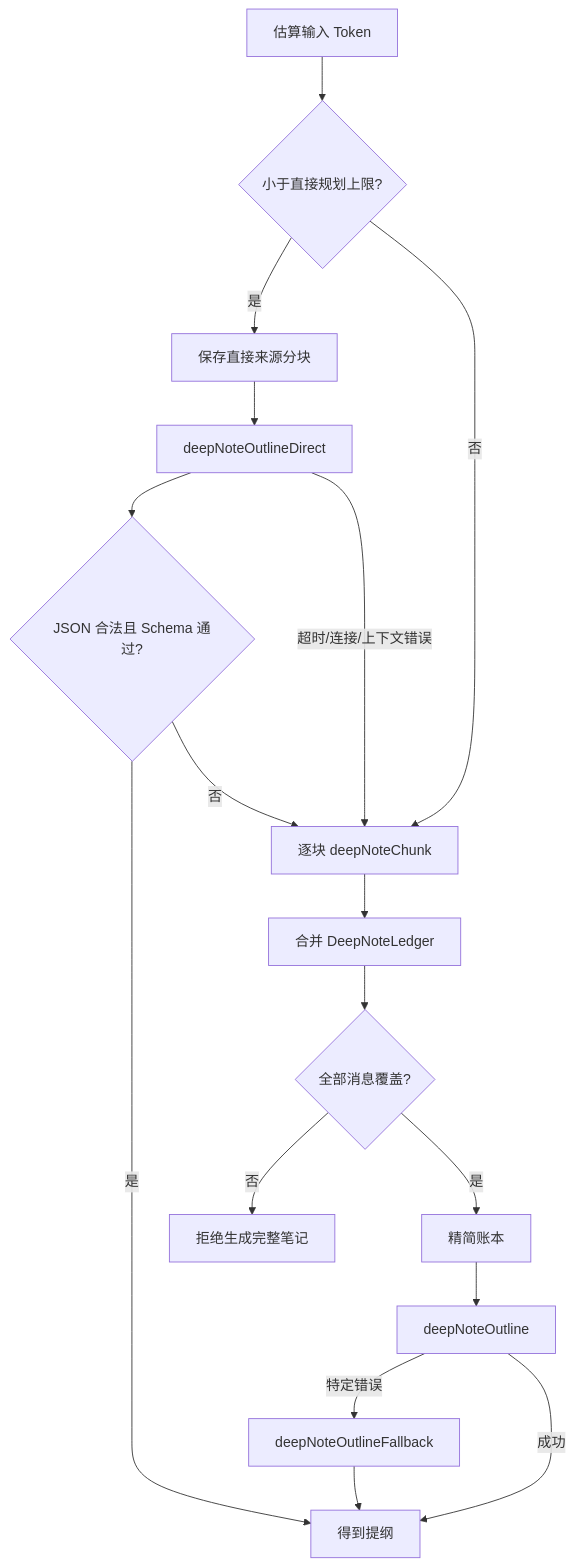
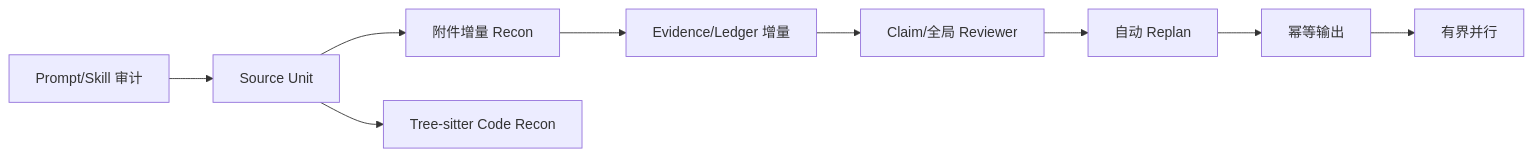
Before and after one commit to tushanmiao/Mnemora: the fourth of 4 diagrams in md/Summary/01-深度笔记.md, drawn with Mermaid. The commit also changed other lines of this file and 45 other files, not shown here.

````diff
--- a/md/Summary/01-深度笔记.md
+++ b/md/Summary/01-深度笔记.md
@@ -543,19 +518,11 @@
 ```mermaid
-flowchart TD
-    A[估算输入 Token] --> B{小于直接规划上限?}
-    B -- 是 --> C[保存直接来源分块]
-    C --> D[deepNoteOutlineDirect]
-    D --> E{JSON 合法且 Schema 通过?}
-    E -- 是 --> Z[得到提纲]
-    E -- 否 --> F[进入账本路径]
-    D -- 超时/连接/上下文错误 --> F
-    B -- 否 --> F
-    F[逐块 deepNoteChunk] --> G[合并 DeepNoteLedger]
-    G --> H{全部消息覆盖?}
-    H -- 否 --> X[拒绝生成完整笔记]
-    H -- 是 --> I[精简账本]
-    I --> J[deepNoteOutline]
-    J -- 特定错误 --> K[deepNoteOutlineFallback]
-    J -- 成功 --> Z
-    K --> Z
+flowchart LR
+    A[Prompt/Skill 审计] --> B[Source Unit]
+    B --> C[附件增量 Recon]
+    C --> D[Evidence/Ledger 增量]
+    D --> E[Claim/全局 Reviewer]
+    E --> F[自动 Replan]
+    F --> G[幂等输出]
+    G --> H[有界并行]
+    B --> I[Tree-sitter Code Recon]
 ```
````
